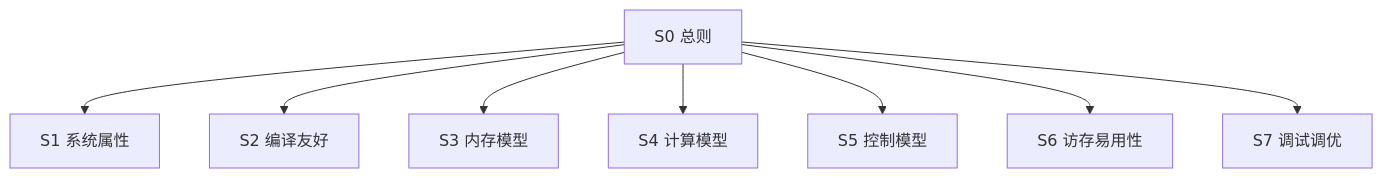
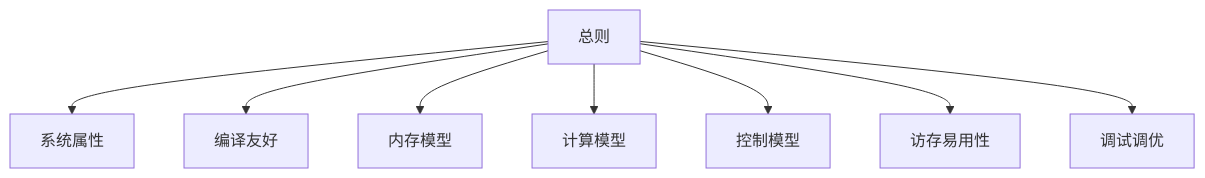
The diagram in docs/next.md (m18911357599/code), drawn with Mermaid before and after one commit. The commit also changed other lines of this file and 2 other files, not shown here.

````diff
--- a/docs/next.md
+++ b/docs/next.md
@@ -71,10 +5,10 @@
 ```mermaid
 flowchart TD
-  S0[S0 总则] --> S1[S1 系统属性]
-  S0 --> S2[S2 编译友好]
-  S0 --> S3[S3 内存模型]
-  S0 --> S4[S4 计算模型]
-  S0 --> S5[S5 控制模型]
-  S0 --> S6[S6 访存易用性]
-  S0 --> S7[S7 调试调优]
+  S0[总则] --> S1[系统属性]
+  S0 --> S2[编译友好]
+  S0 --> S3[内存模型]
+  S0 --> S4[计算模型]
+  S0 --> S5[控制模型]
+  S0 --> S6[访存易用性]
+  S0 --> S7[调试调优]
 ```
````
